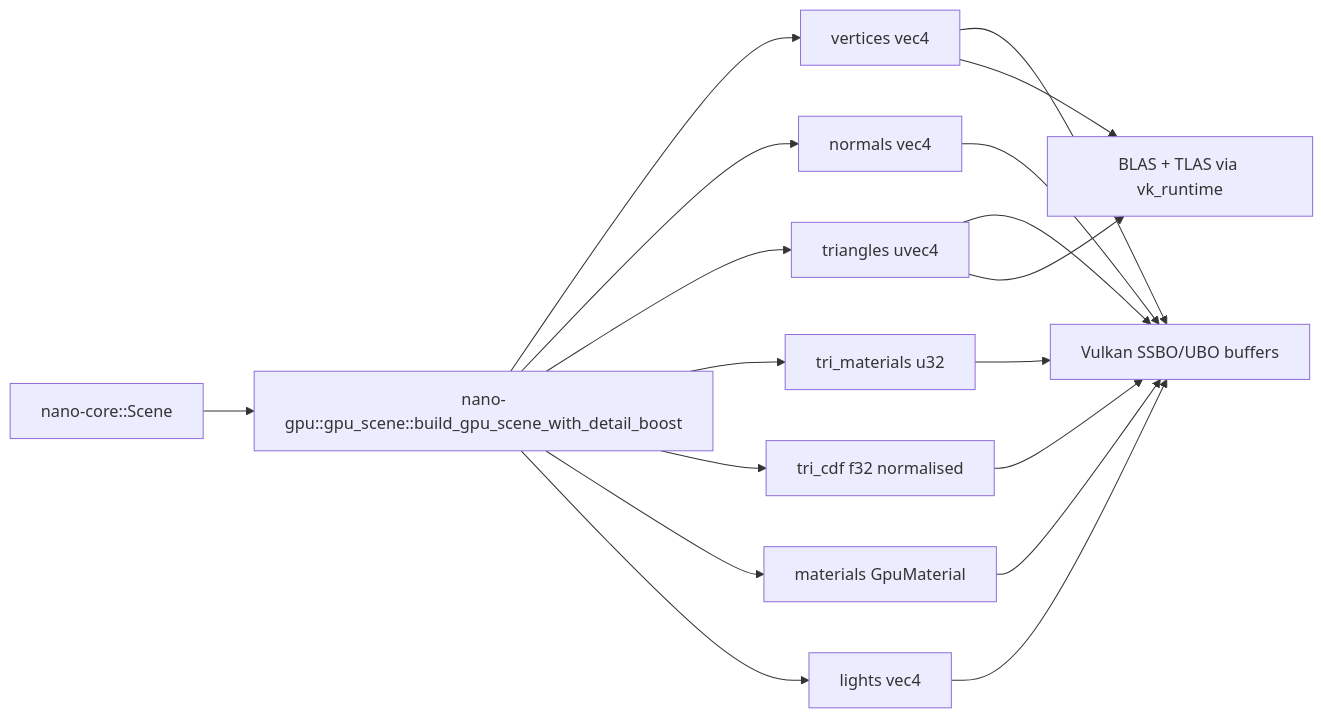
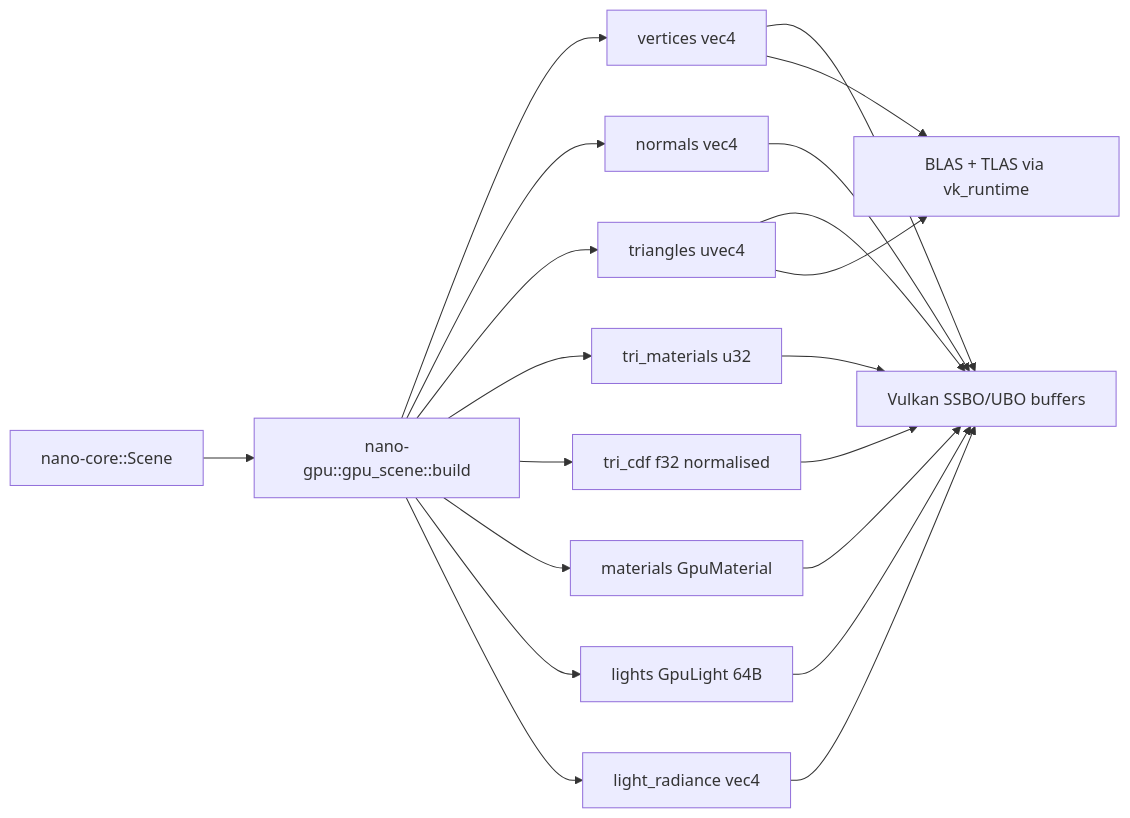
One commit to ssoj13/nanotracer changed the third of 7 diagrams in DIAGRAMS.md. Above: the diagram before and after it, drawn with Mermaid. The commit also changed other lines of this file and 18 other files, not shown here.

First line of the commit message:
docs: mdbook in docs/, refreshed README / AGENTS / DIAGRAMS / CHANGELOG

````diff
--- a/DIAGRAMS.md
+++ b/DIAGRAMS.md
@@ -25,13 +68,14 @@
 ```mermaid
 flowchart LR
-    SC[nano-core::Scene] --> BG[nano-gpu::gpu_scene::build_gpu_scene_with_detail_boost]
+    SC[nano-core::Scene] --> BG[nano-gpu::gpu_scene::build]
     BG --> V[vertices vec4]
     BG --> N[normals vec4]
     BG --> T[triangles uvec4]
     BG --> TM[tri_materials u32]
     BG --> CDF[tri_cdf f32 normalised]
     BG --> M[materials GpuMaterial]
-    BG --> L[lights vec4]
-    V & N & T & TM & CDF & M & L --> VK[Vulkan SSBO/UBO buffers]
+    BG --> L[lights GpuLight 64B]
+    BG --> LR[light_radiance vec4]
+    V & N & T & TM & CDF & M & L & LR --> VK[Vulkan SSBO/UBO buffers]
     V & T --> AS[BLAS + TLAS via vk_runtime]
 ```
````
